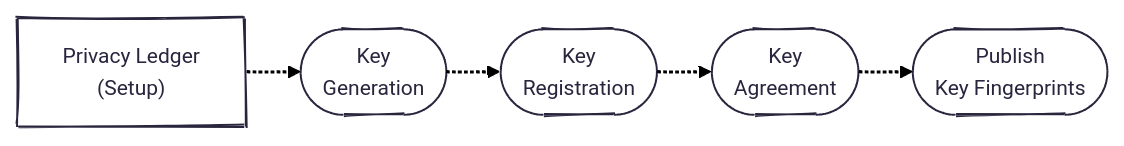
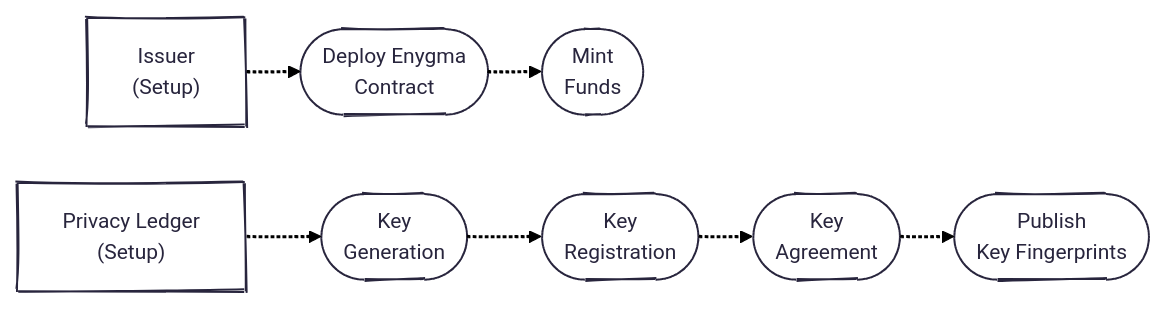
The diagram in enygma_payments/protocol_description.md (raylsnetwork/Enygma), drawn with Mermaid before and after one commit.

````diff
--- a/enygma_payments/protocol_description.md
+++ b/enygma_payments/protocol_description.md
@@ -3,16 +3,21 @@
 ```mermaid
 ---
 config:
   theme: redux
   layout: elk
   look: handDrawn
 ---
 flowchart LR
+    i_setup["Issuer<br>(Setup)"]
+    deploy(["Deploy Enygma<br>Contract"])
+    mint(["Mint<br>Funds"])
+
     pl_setup["Privacy Ledger<br>(Setup)"]
     keygen(["Key<br>Generation"])
     register(["Key<br>Registration"])
     kem(["Key<br>Agreement"])
     publish(["Publish<br>Key Fingerprints"])
 
+    i_setup -.-> deploy -.-> mint
     pl_setup -.-> keygen -.-> register -.-> kem -.-> publish
 ```
````
